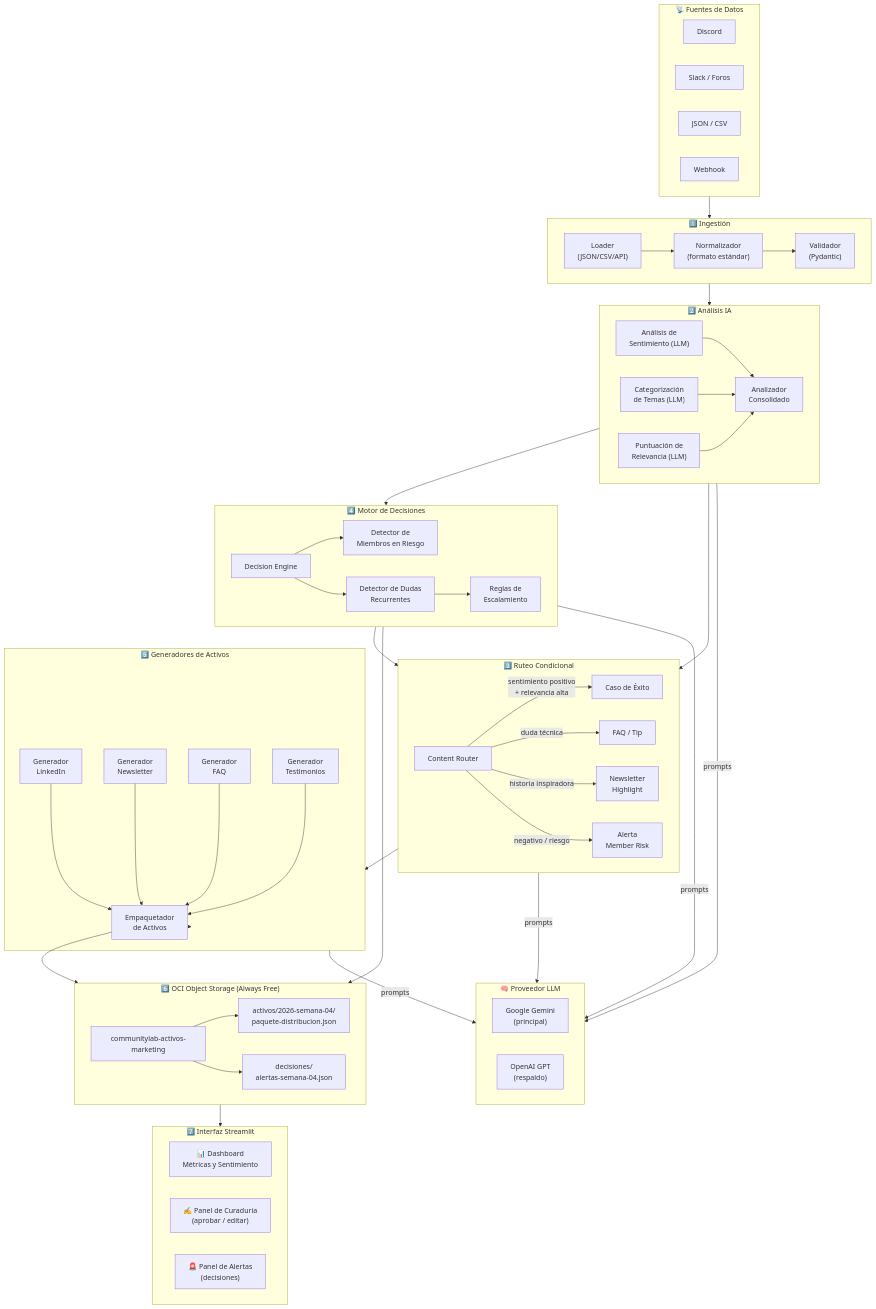
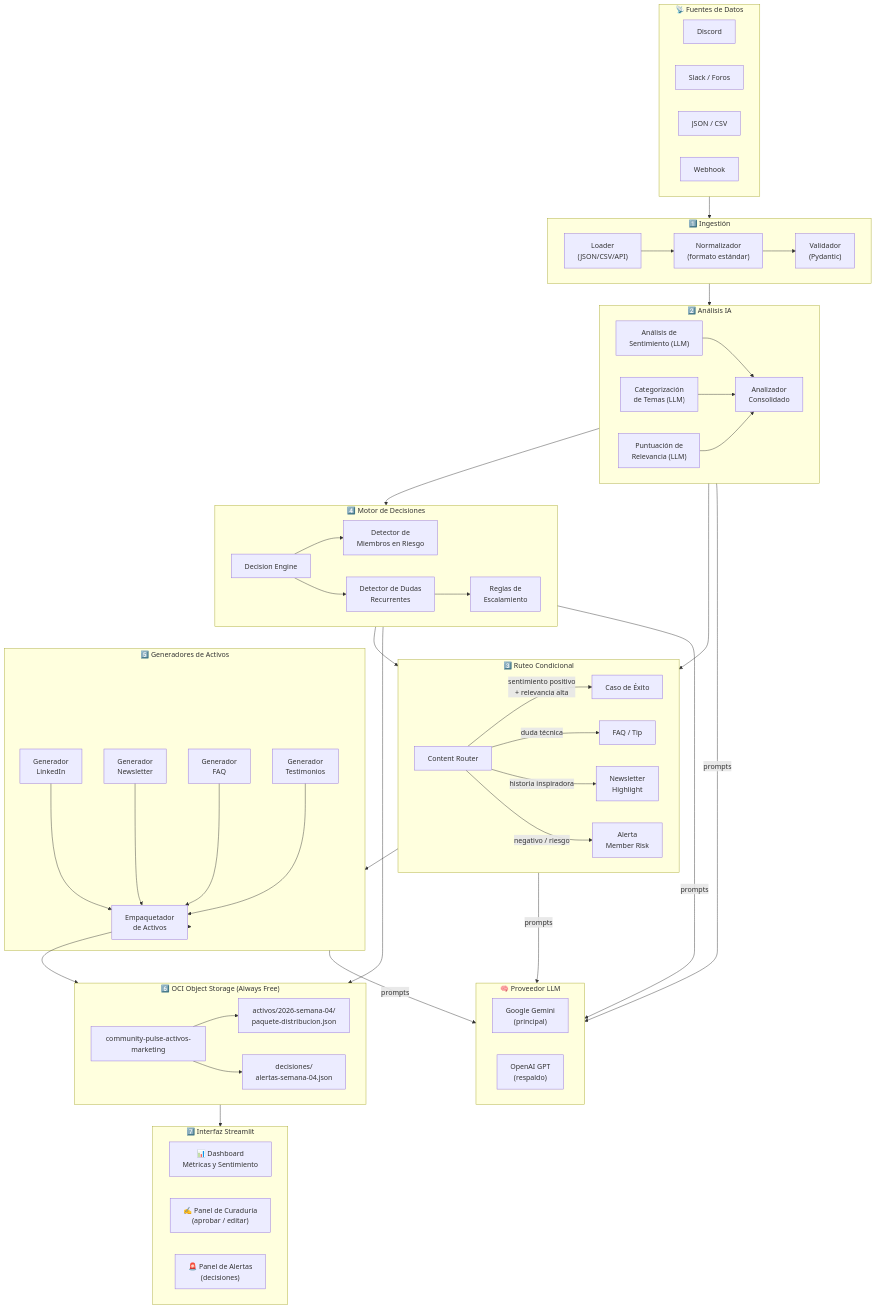
Before and after one commit to Rox-0864/community-pulse: the first of 5 diagrams in arquitectura.md, drawn with Mermaid. The commit also changed other lines of this file and 51 other files, not shown here.

Commit message:
refactor: rename project to Community Pulse

```diff
--- a/arquitectura.md
+++ b/arquitectura.md
@@ -57,7 +57,7 @@
     end
 
     subgraph STORAGE["6️⃣ OCI Object Storage (Always Free)"]
-        BUCKET["communitylab-activos-marketing"]
+        BUCKET["community-pulse-activos-marketing"]
         PATH1["activos/2026-semana-04/\npaquete-distribucion.json"]
         PATH2["decisiones/\nalertas-semana-04.json"]
         BUCKET --> PATH1
```
